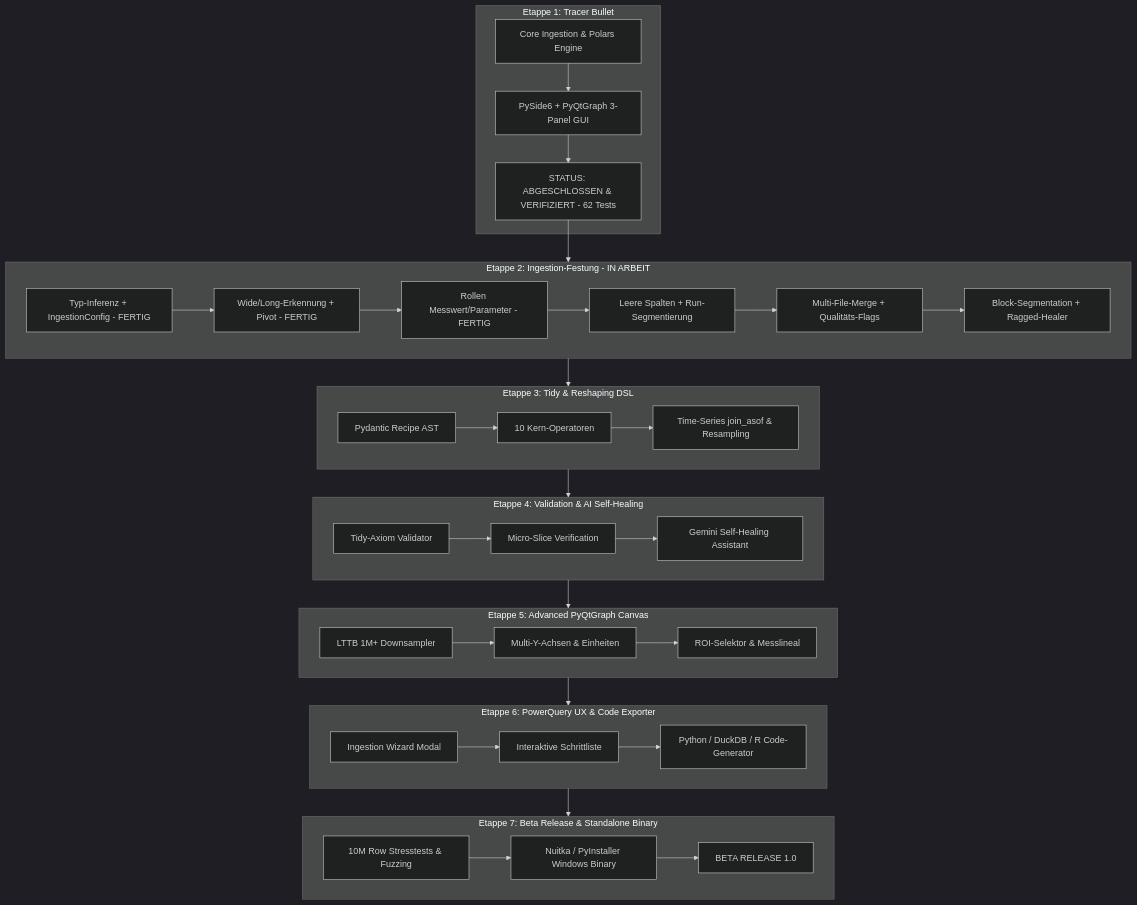
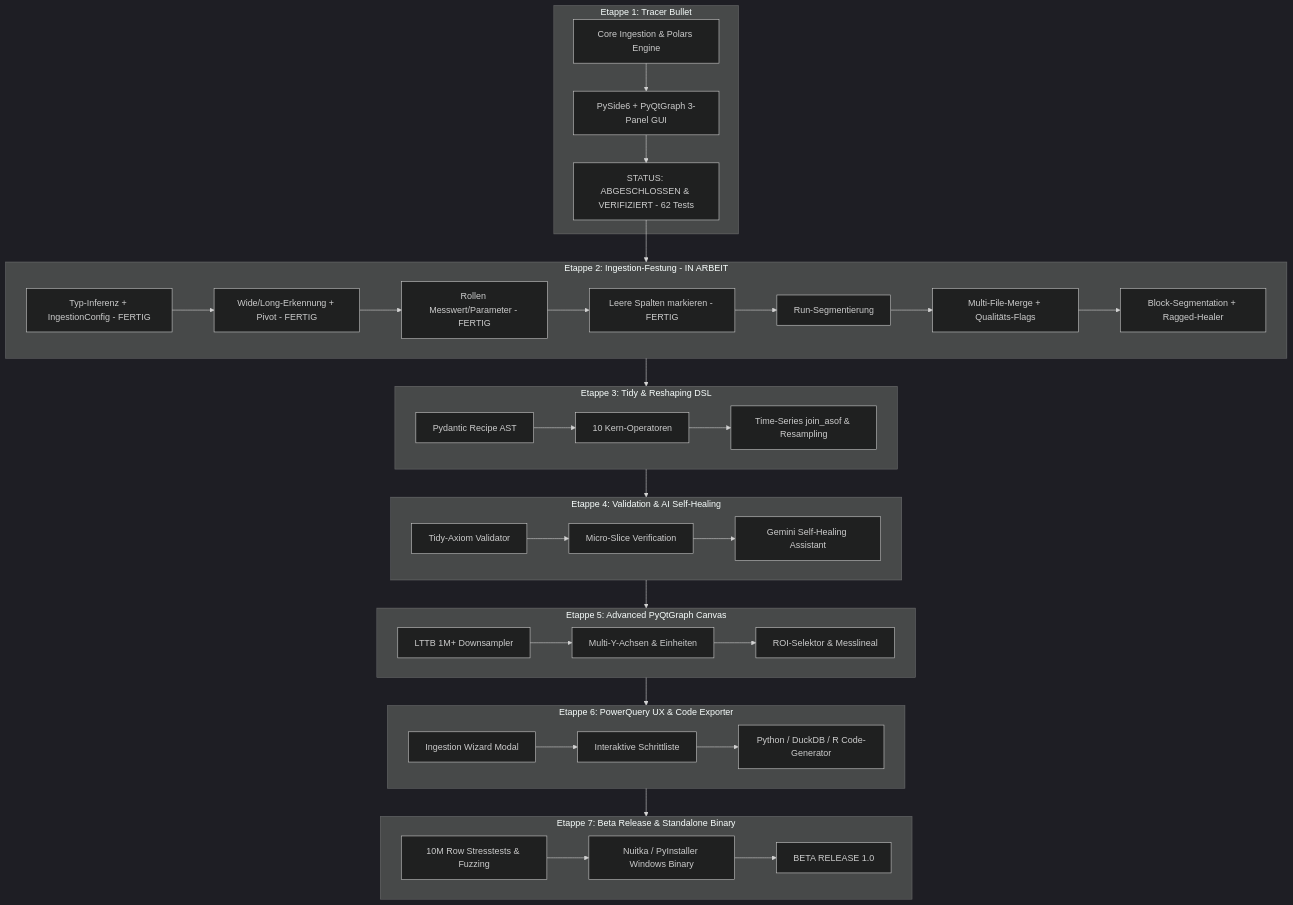
The diagram in docs/MASTER_ETAPPEN_PLAN.md (SeTi100/Datualizer), drawn with Mermaid (dark theme) before and after one commit. The commit also changed other lines of this file and 8 other files, not shown here.

First line of the commit message:
Leere Spalten markieren statt löschen (P9, P19)

````diff
--- a/docs/MASTER_ETAPPEN_PLAN.md
+++ b/docs/MASTER_ETAPPEN_PLAN.md
@@ -23,47 +23,48 @@
 ```mermaid
 flowchart TD
     subgraph E1 [Etappe 1: Tracer Bullet]
         E1_Core[Core Ingestion & Polars Engine] --> E1_GUI[PySide6 + PyQtGraph 3-Panel GUI]
         E1_GUI --> E1_Done[STATUS: ABGESCHLOSSEN & VERIFIZIERT - 62 Tests]
     end
 
     subgraph E2 [Etappe 2: Ingestion-Festung - IN ARBEIT]
         E2_Type[Typ-Inferenz + IngestionConfig - FERTIG] --> E2_Long[Wide/Long-Erkennung + Pivot - FERTIG]
         E2_Long --> E2_Role[Rollen Messwert/Parameter - FERTIG]
-        E2_Role --> E2_Run[Leere Spalten + Run-Segmentierung]
+        E2_Role --> E2_Empty[Leere Spalten markieren - FERTIG]
+        E2_Empty --> E2_Run[Run-Segmentierung]
         E2_Run --> E2_Merge[Multi-File-Merge + Qualitäts-Flags]
         E2_Merge --> E2_Block[Block-Segmentation + Ragged-Healer]
     end
 
     subgraph E3 [Etappe 3: Tidy & Reshaping DSL]
         E3_AST[Pydantic Recipe AST] --> E3_Ops[10 Kern-Operatoren]
         E3_Ops --> E3_Time[Time-Series join_asof & Resampling]
     end
 
     subgraph E4 [Etappe 4: Validation & AI Self-Healing]
         E4_Axiom[Tidy-Axiom Validator] --> E4_Slice[Micro-Slice Verification]
         E4_Slice --> E4_LLM[Gemini Self-Healing Assistant]
     end
 
     subgraph E5 [Etappe 5: Advanced PyQtGraph Canvas]
         E5_LTTB[LTTB 1M+ Downsampler] --> E5_Axes[Multi-Y-Achsen & Einheiten]
         E5_Axes --> E5_Tools[ROI-Selektor & Messlineal]
     end
 
     subgraph E6 [Etappe 6: PowerQuery UX & Code Exporter]
         E6_Wiz[Ingestion Wizard Modal] --> E6_Hist[Interaktive Schrittliste]
         E6_Hist --> E6_Export[Python / DuckDB / R Code-Generator]
     end
 
     subgraph E7 [Etappe 7: Beta Release & Standalone Binary]
         E7_Bench[10M Row Stresstests & Fuzzing] --> E7_Pack[Nuitka / PyInstaller Windows Binary]
         E7_Pack --> E7_Release[BETA RELEASE 1.0]
     end
 
     E1_Done --> E2
     E2 --> E3
     E3 --> E4
     E4 --> E5
     E5 --> E6
     E6 --> E7
 ```
````
